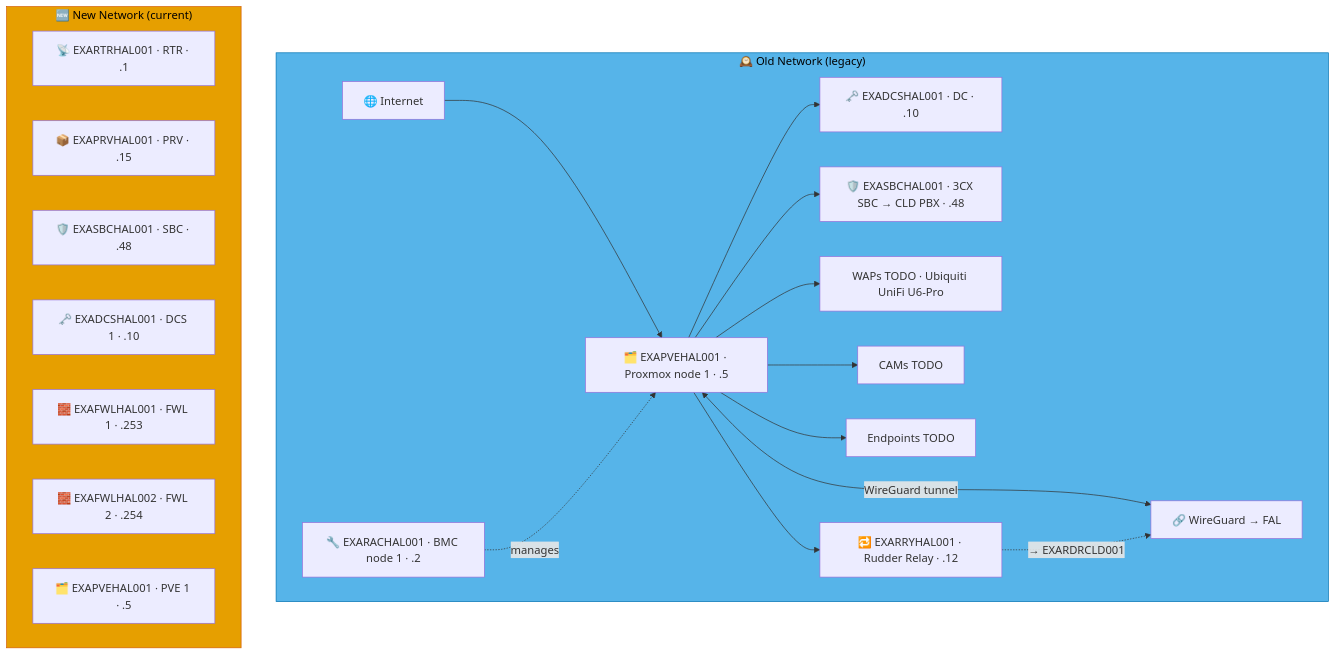
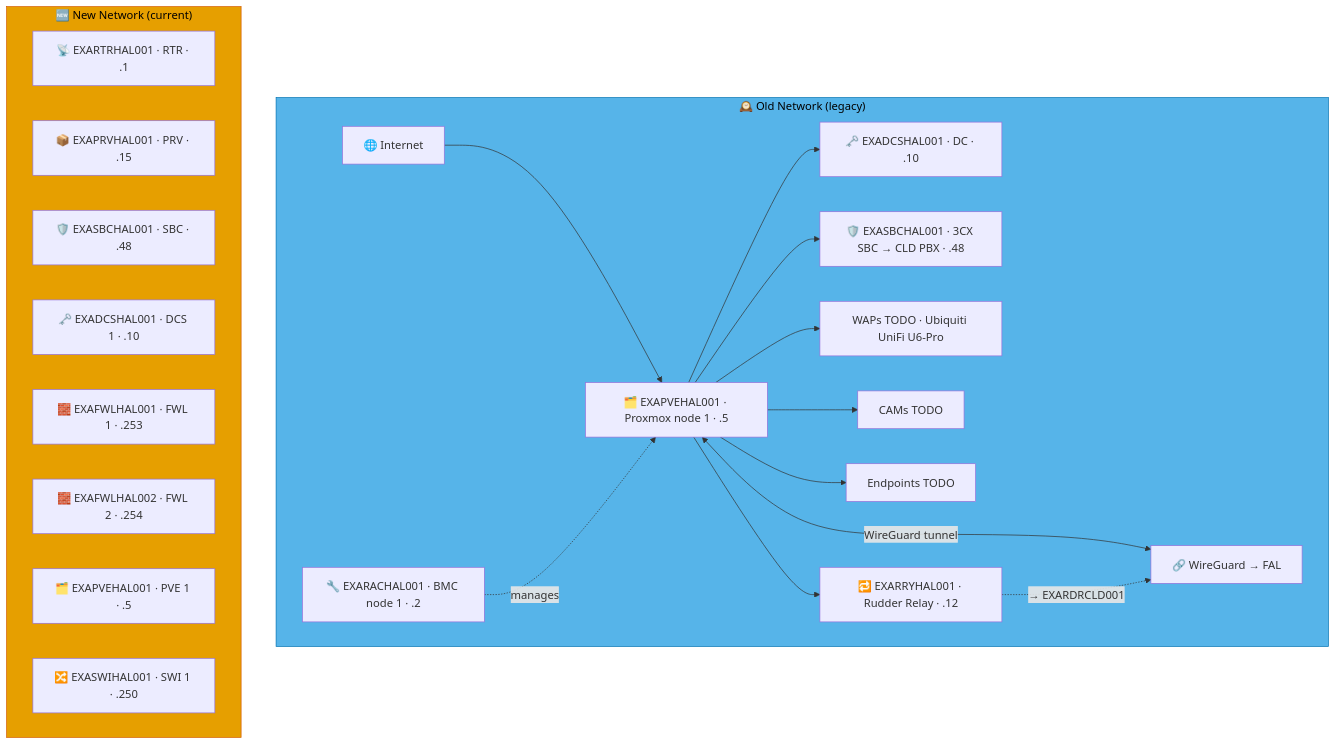
The seventh of 9 diagrams in docs/network-diagram/england.md (knightmare2600/example_music_infra), drawn with Mermaid before and after one commit. The commit also changed other lines of this file and 12 other files, not shown here.

````diff
--- a/docs/network-diagram/england.md
+++ b/docs/network-diagram/england.md
@@ -363,36 +364,37 @@
 ```mermaid
 graph TD
     subgraph OLD_HAL ["🕰️ Old Network (legacy)"]
       INET["🌐 Internet"]
       RAC["🔧 EXARACHAL001 · BMC node 1 · .2"]
       PVE["🗂️ EXAPVEHAL001 · Proxmox node 1 · .5"]
       DC["🗝️ EXADCSHAL001 · DC · .10"]
       SBC["🛡️ EXASBCHAL001 · 3CX SBC → CLD PBX · .48"]
       RRY["🔁 EXARRYHAL001 · Rudder Relay · .12"]
       WAP["WAPs TODO · Ubiquiti UniFi U6-Pro"]
       CAM["CAMs TODO"]
       EP["Endpoints TODO"]
       VPN["🔗 WireGuard → FAL"]
 
       INET --> PVE --> DC & SBC
       RAC -.->|"manages"| PVE
       PVE --> WAP & CAM & EP
       PVE <-->|"WireGuard tunnel"| VPN
 
       PVE --> RRY
       RRY -. "→ EXARDRCLD001" .-> VPN
     end
     style OLD_HAL fill:#56B4E9,stroke:#0072B2,color:#000000
     %% GENERATED:NEW-NETWORK:HAL:START
     subgraph NEW_HAL ["🆕 New Network (current)"]
       N_RTR["📡 EXARTRHAL001 · RTR · .1"]
       N_PRV["📦 EXAPRVHAL001 · PRV · .15"]
       N_SBC["🛡️ EXASBCHAL001 · SBC · .48"]
       N_DCS["🗝️ EXADCSHAL001 · DCS 1 · .10"]
       N_FWL["🧱 EXAFWLHAL001 · FWL 1 · .253"]
       N_FWL2["🧱 EXAFWLHAL002 · FWL 2 · .254"]
       N_PVE["🗂️ EXAPVEHAL001 · PVE 1 · .5"]
+      N_SWI["🔀 EXASWIHAL001 · SWI 1 · .250"]
     end
     style NEW_HAL fill:#E69F00,stroke:#D55E00,color:#000000
     %% GENERATED:NEW-NETWORK:HAL:END
 ```
````
